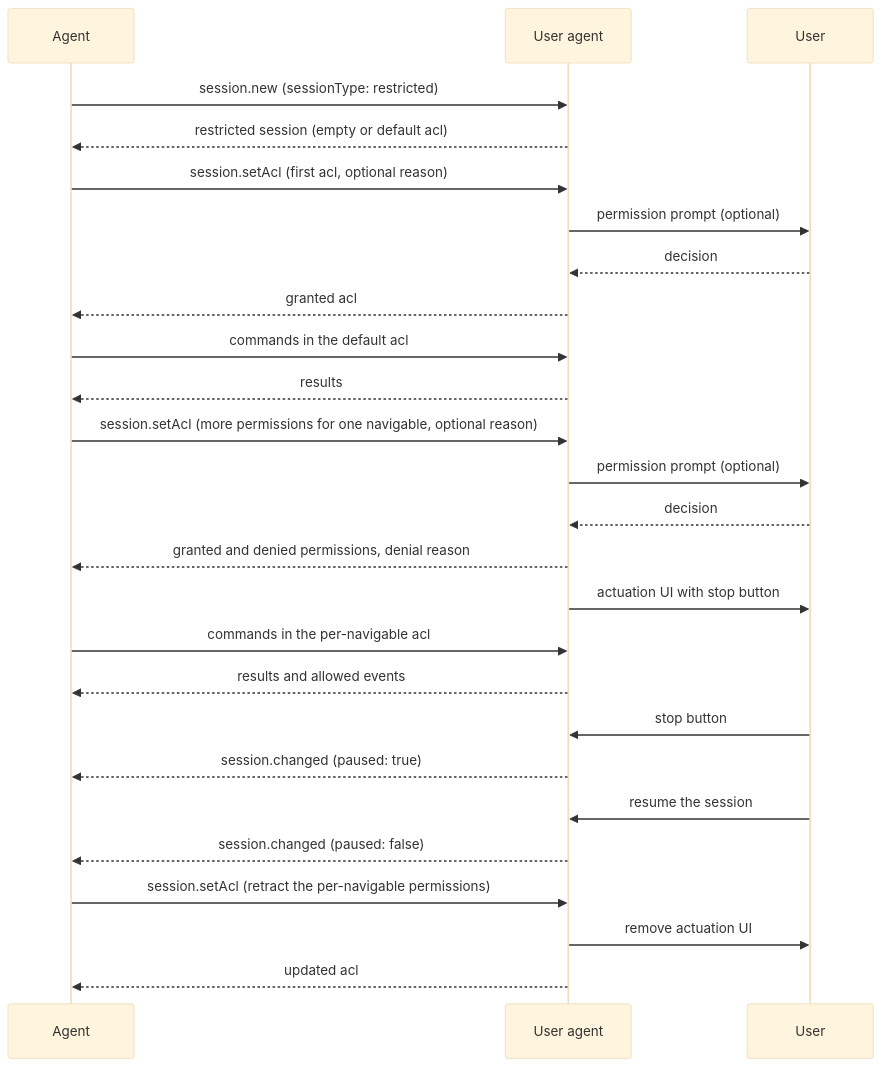
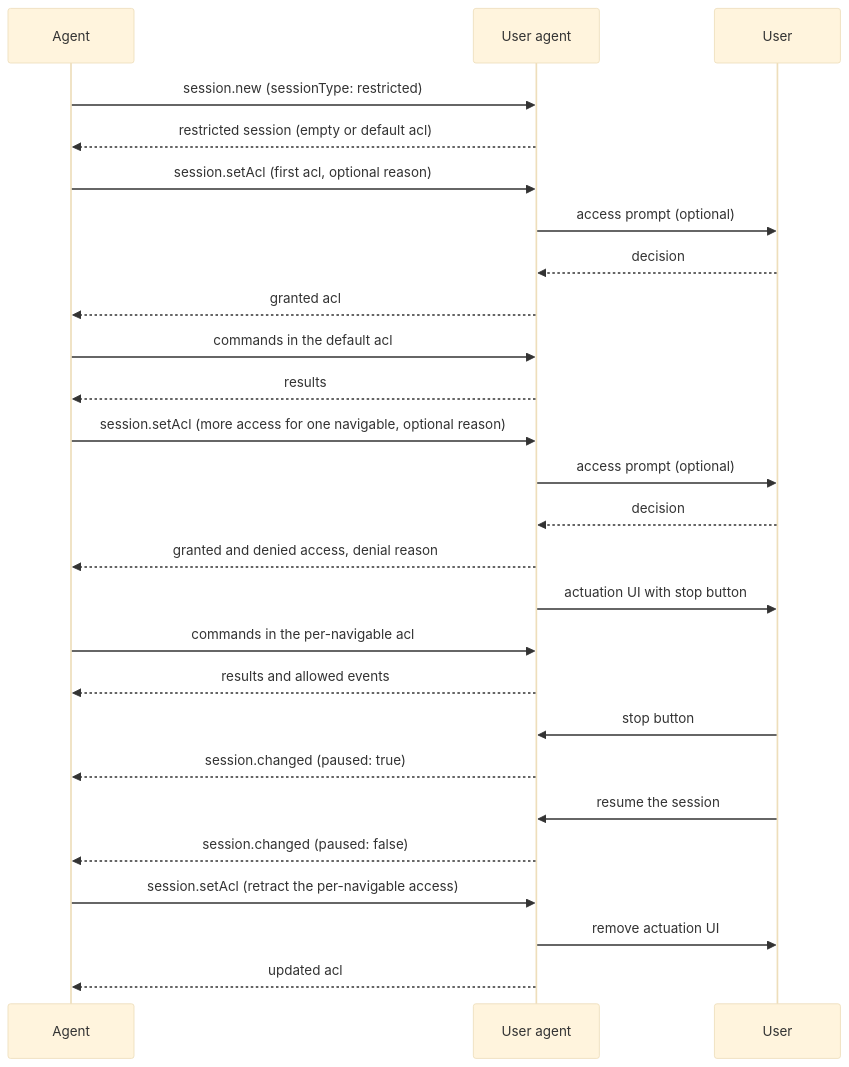
The diagram in explainers/restricted-sessions.md (WICG/agentic-webdriver-bidi), drawn with Mermaid (base theme) before and after one commit. The commit also changed other lines of this file and 4 other files, not shown here.

First line of the commit message:
Replace the term "permission" with "access"

````diff
--- a/explainers/restricted-sessions.md
+++ b/explainers/restricted-sessions.md
@@ -107,29 +107,29 @@
 ```mermaid
 sequenceDiagram
     participant Agent
     participant UA as User agent
     participant User
 
     Agent->>UA: session.new (sessionType: restricted)
     UA-->>Agent: restricted session (empty or default acl)
     Agent->>UA: session.setAcl (first acl, optional reason)
-    UA->>User: permission prompt (optional)
+    UA->>User: access prompt (optional)
     User-->>UA: decision
     UA-->>Agent: granted acl
     Agent->>UA: commands in the default acl
     UA-->>Agent: results
-    Agent->>UA: session.setAcl (more permissions for one navigable, optional reason)
-    UA->>User: permission prompt (optional)
+    Agent->>UA: session.setAcl (more access for one navigable, optional reason)
+    UA->>User: access prompt (optional)
     User-->>UA: decision
-    UA-->>Agent: granted and denied permissions, denial reason
+    UA-->>Agent: granted and denied access, denial reason
     UA->>User: actuation UI with stop button
     Agent->>UA: commands in the per-navigable acl
     UA-->>Agent: results and allowed events
     User->>UA: stop button
     UA-->>Agent: session.changed (paused: true)
     User->>UA: resume the session
     UA-->>Agent: session.changed (paused: false)
-    Agent->>UA: session.setAcl (retract the per-navigable permissions)
+    Agent->>UA: session.setAcl (retract the per-navigable access)
     UA->>User: remove actuation UI
     UA-->>Agent: updated acl
 ```
````
